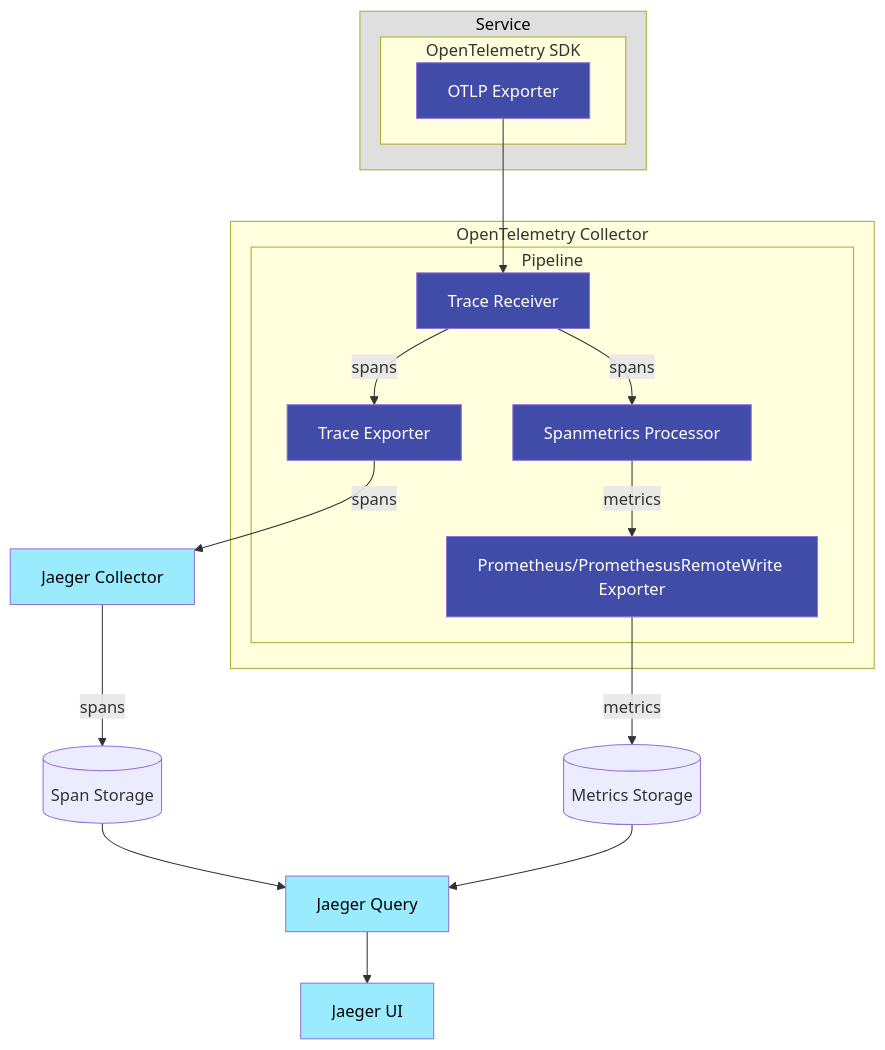
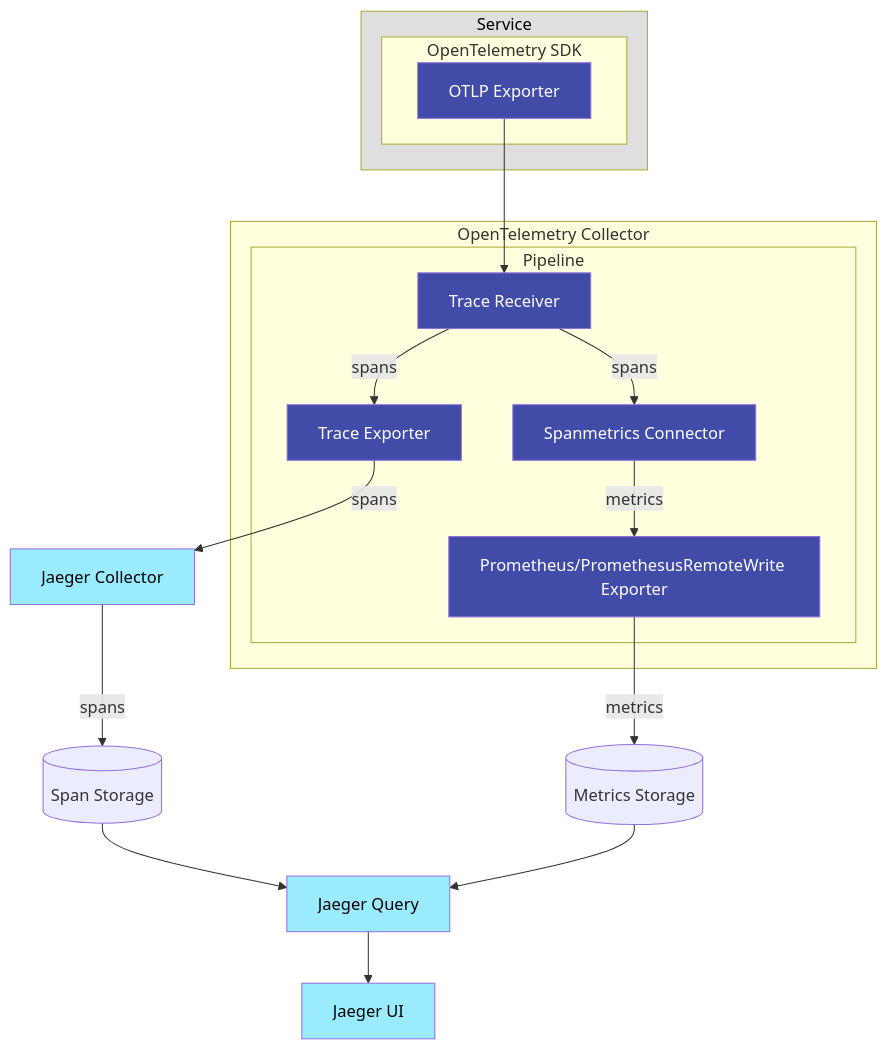
One commit to jaegertracing/documentation changed the diagram in content/docs/next-release/spm.md. Above: the diagram before and after it, drawn with Mermaid. The commit also changed other lines of this file, not shown here.

Commit message:
Corrected the docs per the changes from the spanmetrics processor to the spanmetrics connector

```diff
--- a/content/docs/next-release/spm.md
+++ b/content/docs/next-release/spm.md
@@ -70,42 +70,42 @@
 {{<mermaid align="center">}}
 graph
     OTLP_EXPORTER[OTLP Exporter] --> TRACE_RECEIVER
 
     subgraph Service
         subgraph OpenTelemetry SDK
             OTLP_EXPORTER
         end
     end
 
-    TRACE_RECEIVER[Trace Receiver] --> |spans| SPANMETRICS_PROC[Spanmetrics Processor]
+    TRACE_RECEIVER[Trace Receiver] --> |spans| SPANMETRICS_CONNECTOR[Spanmetrics Connector]
     TRACE_RECEIVER --> |spans| TRACE_EXPORTER[Trace Exporter]
     TRACE_EXPORTER --> |spans| COLLECTOR[Jaeger Collector]
-    SPANMETRICS_PROC --> |metrics| PROMETHEUS_EXPORTER[Prometheus/PromethesusRemoteWrite Exporter]
+    SPANMETRICS_CONNECTOR --> |metrics| PROMETHEUS_EXPORTER[Prometheus/PromethesusRemoteWrite Exporter]
     PROMETHEUS_EXPORTER --> |metrics| METRICS_STORE[(Metrics Storage)]
 
     COLLECTOR --> |spans| SPAN_STORE[(Span Storage)]
     SPAN_STORE --> QUERY[Jaeger Query]
     METRICS_STORE --> QUERY
     QUERY --> UI[Jaeger UI]
 
     subgraph OpenTelemetry Collector
         subgraph Pipeline
             TRACE_RECEIVER
-            SPANMETRICS_PROC
+            SPANMETRICS_CONNECTOR
             TRACE_EXPORTER
             PROMETHEUS_EXPORTER
         end
     end
 
     style Service fill:#DFDFDF,color:black
 
     style OTLP_EXPORTER fill:#404CA8,color:white
     style TRACE_RECEIVER fill:#404CA8,color:white
     style TRACE_EXPORTER fill:#404CA8,color:white
-    style SPANMETRICS_PROC fill:#404CA8,color:white
+    style SPANMETRICS_CONNECTOR fill:#404CA8,color:white
     style PROMETHEUS_EXPORTER fill:#404CA8,color:white
 
     style UI fill:#9AEBFE,color:black
     style QUERY fill:#9AEBFE,color:black
     style COLLECTOR fill:#9AEBFE,color:black
 {{< /mermaid >}}
```
